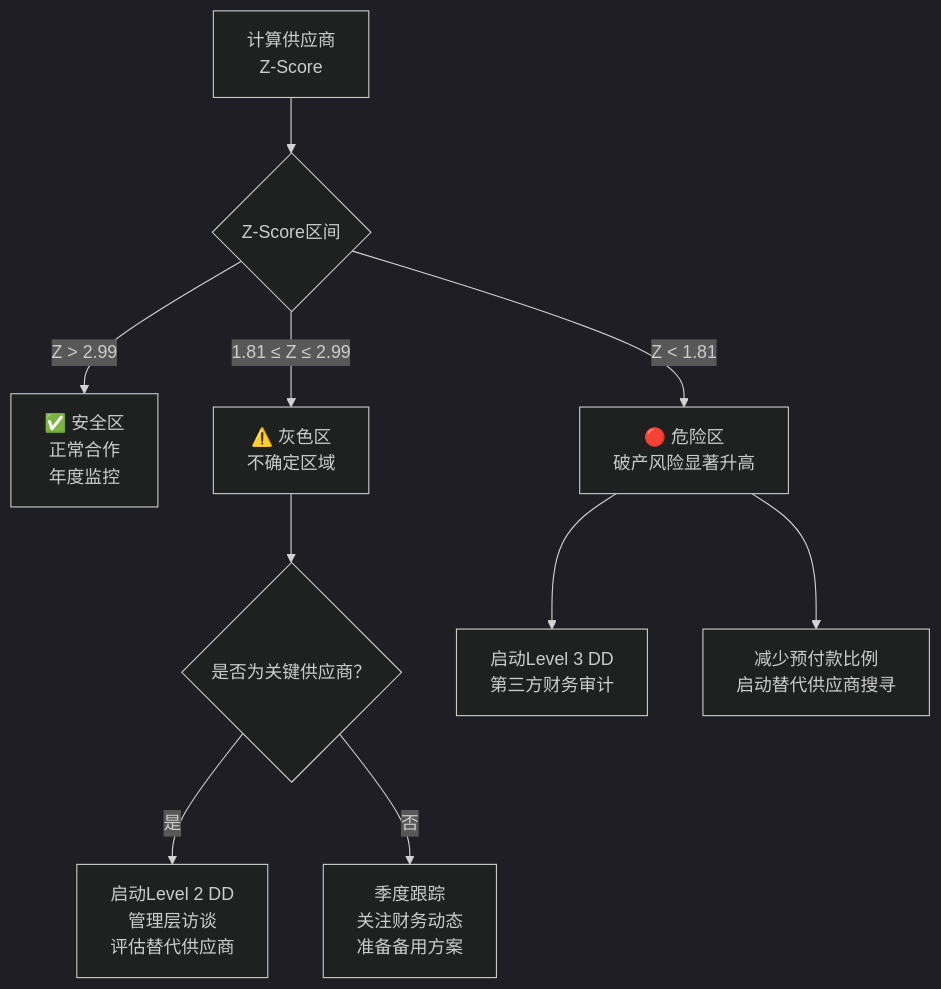
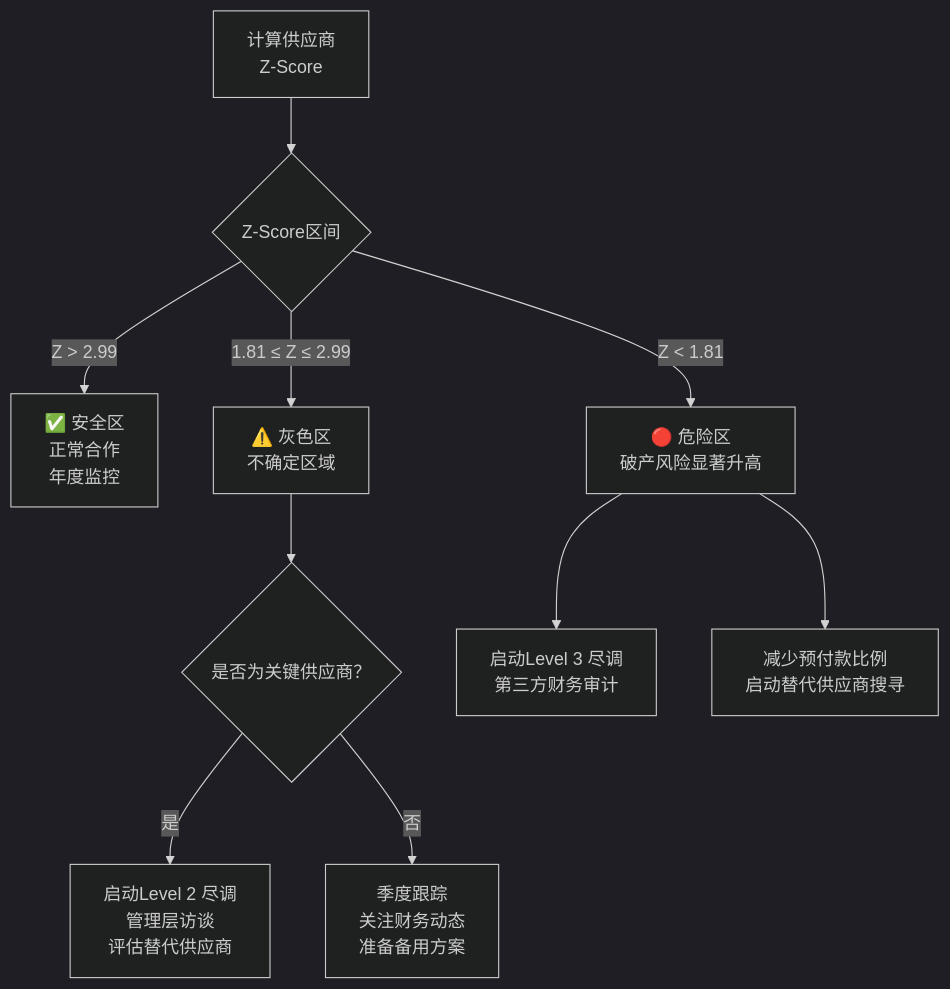
Before and after one commit to ddg-cn/ddg-site: the fourth of 6 diagrams in docs/zh/ethics-guide.md, drawn with Mermaid (dark theme). The commit also changed other lines of this file and 11 other files, not shown here.

````diff
--- a/docs/zh/ethics-guide.md
+++ b/docs/zh/ethics-guide.md
@@ -424,12 +426,12 @@
 ```mermaid
 flowchart TD
     A["计算供应商<br/>Z-Score"] --> B{Z-Score区间}
     B -->|"Z > 2.99"| C["✅ 安全区\n正常合作\n年度监控"]
     B -->|"1.81 ≤ Z ≤ 2.99"| D["⚠️ 灰色区\n不确定区域"]
     B -->|"Z < 1.81"| E["🔴 危险区\n破产风险显著升高"]
     D --> F{是否为关键供应商？}
-    F -->|是| G["启动Level 2 DD\n管理层访谈\n评估替代供应商"]
+    F -->|是| G["启动Level 2 尽调\n管理层访谈\n评估替代供应商"]
     F -->|否| H["季度跟踪\n关注财务动态\n准备备用方案"]
-    E --> I["启动Level 3 DD\n第三方财务审计"]
+    E --> I["启动Level 3 尽调\n第三方财务审计"]
     E --> J["减少预付款比例\n启动替代供应商搜寻"]
 ```
````
